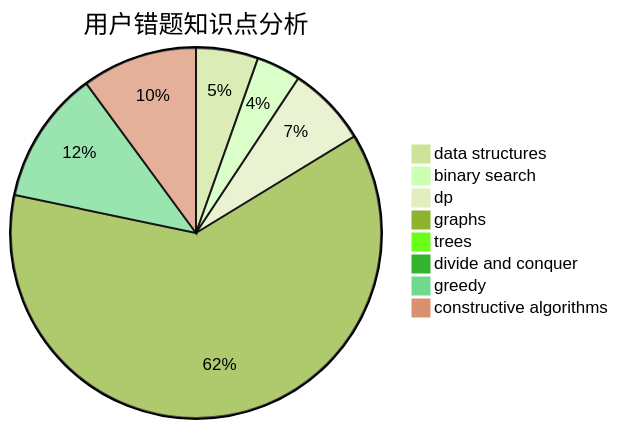
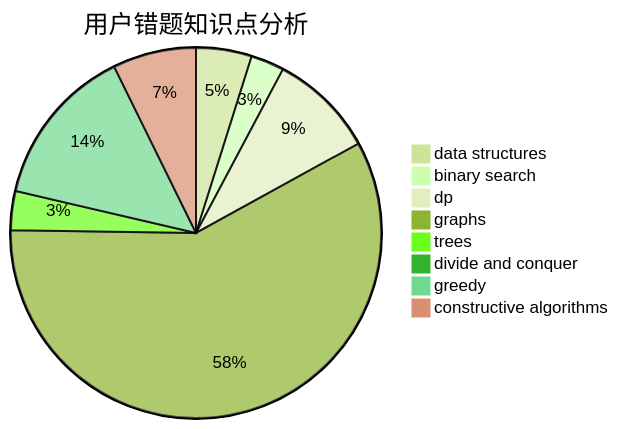
The third of 3 diagrams in docs/user/u1516.md (sherpahu/cfrs.github.io), drawn with Mermaid (forest theme) before and after one commit. The commit also changed other lines of this file and 2770 other files, not shown here.

````diff
--- a/docs/user/u1516.md
+++ b/docs/user/u1516.md
@@ -36,11 +36,11 @@
 ```mermaid
 pie title 用户错题知识点分析
-    "data structures" :  7
-    "binary search" :  5
-    "dp" :  9
-    "graphs" :  80
-    "trees" :  0
+    "data structures" :  10
+    "binary search" :  6
+    "dp" :  19
+    "graphs" :  120
+    "trees" :  7
     "divide and conquer" :  0
-    "greedy" :  15
-    "constructive algorithms" :  13
+    "greedy" :  29
+    "constructive algorithms" :  15
 ```
````
